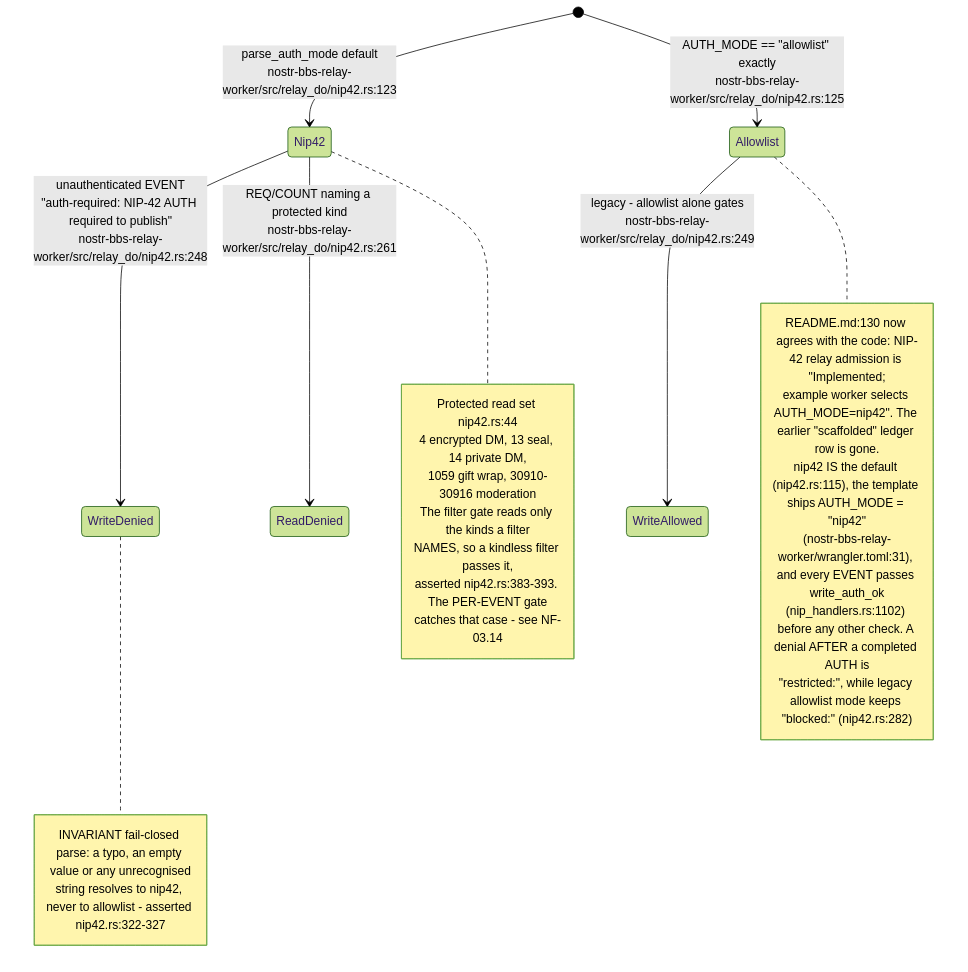
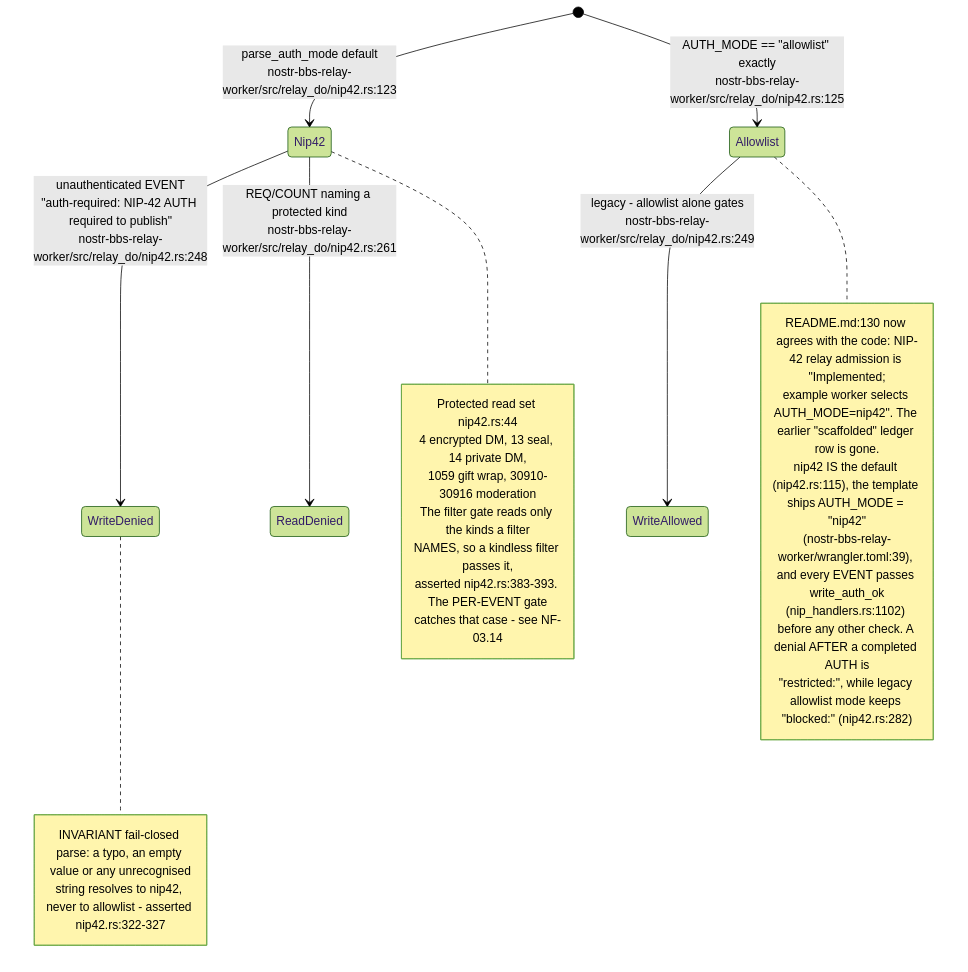
One commit to DreamLab-AI/VisionFlow changed the third of 14 diagrams in docs/diagrams/nostr-rust-forum/03-relay-worker-admission-auth-and-trust.md. Above: the diagram before and after it, drawn with Mermaid (forest theme). The commit also changed other lines of this file and 145 other files, not shown here.

````diff
--- a/docs/diagrams/nostr-rust-forum/03-relay-worker-admission-auth-and-trust.md
+++ b/docs/diagrams/nostr-rust-forum/03-relay-worker-admission-auth-and-trust.md
@@ -76,30 +76,30 @@
 ```mermaid
 stateDiagram-v2
     [*] --> Nip42: parse_auth_mode default<br/>nostr-bbs-relay-worker/src/relay_do/nip42.rs:123
     [*] --> Allowlist: AUTH_MODE == "allowlist" exactly<br/>nostr-bbs-relay-worker/src/relay_do/nip42.rs:125
     Nip42 --> WriteDenied: unauthenticated EVENT<br/>"auth-required: NIP-42 AUTH required to publish"<br/>nostr-bbs-relay-worker/src/relay_do/nip42.rs:248
     Nip42 --> ReadDenied: REQ/COUNT naming a protected kind<br/>nostr-bbs-relay-worker/src/relay_do/nip42.rs:261
     Allowlist --> WriteAllowed: legacy - allowlist alone gates<br/>nostr-bbs-relay-worker/src/relay_do/nip42.rs:249
 
     note right of Nip42
         Protected read set nip42.rs:44
         4 encrypted DM, 13 seal, 14 private DM,
         1059 gift wrap, 30910-30916 moderation
         The filter gate reads only the kinds a filter
         NAMES, so a kindless filter passes it,
         asserted nip42.rs:383-393. The PER-EVENT gate
         catches that case - see NF-03.14
     end note
     note right of Allowlist
         README.md:130 now agrees with the code: NIP-42 relay admission is "Implemented;
         example worker selects AUTH_MODE=nip42". The earlier "scaffolded" ledger row is gone.
         nip42 IS the default (nip42.rs:115), the template ships AUTH_MODE = "nip42"
-        (nostr-bbs-relay-worker/wrangler.toml:31), and every EVENT passes write_auth_ok
+        (nostr-bbs-relay-worker/wrangler.toml:39), and every EVENT passes write_auth_ok
         (nip_handlers.rs:1102) before any other check. A denial AFTER a completed AUTH is
         "restricted:", while legacy allowlist mode keeps "blocked:" (nip42.rs:282)
     end note
     note right of WriteDenied
         INVARIANT fail-closed parse: a typo, an empty value or any unrecognised
         string resolves to nip42, never to allowlist - asserted nip42.rs:322-327
     end note
 ```
````
